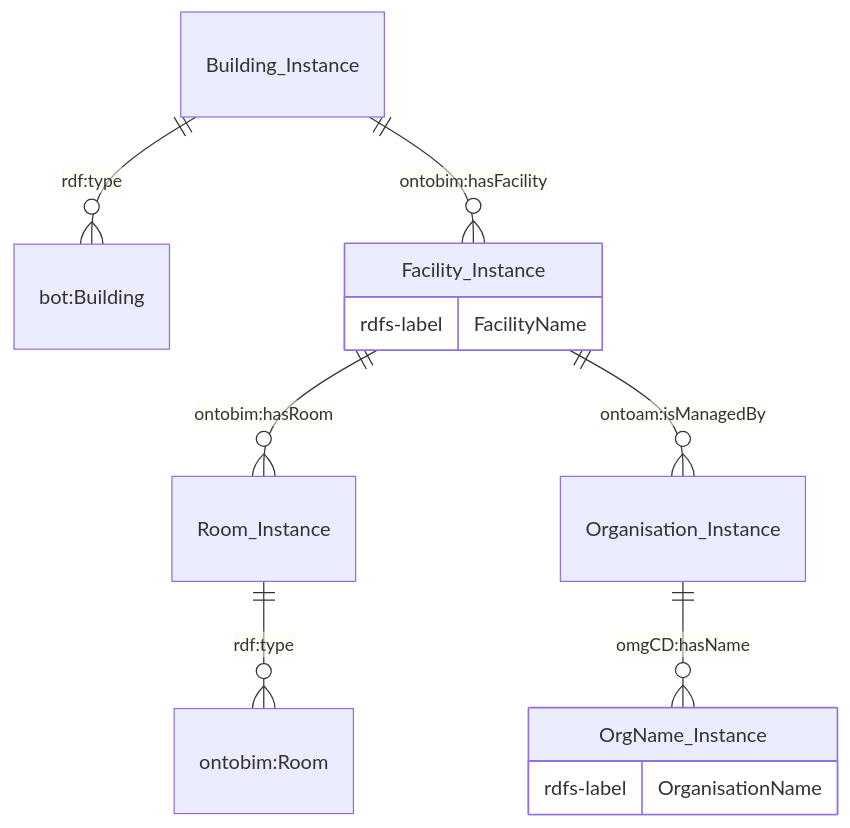
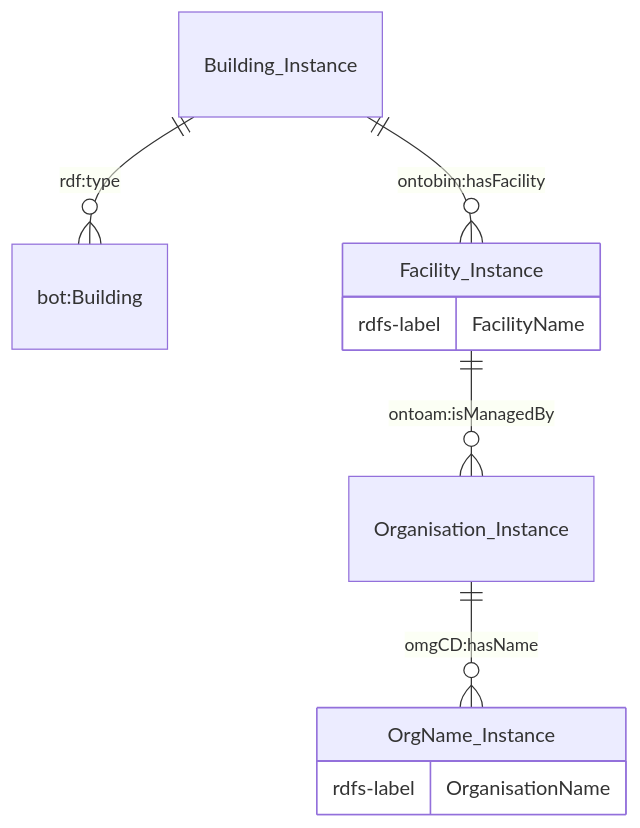
One commit to cambridge-cares/TheWorldAvatar changed the second of 6 diagrams in Agents/DashboardAgent/README.md. Above: the diagram before and after it, drawn with Mermaid. The commit also changed other lines of this file and 3 other files, not shown here.

Commit message:
dev-dashboard-agent: Refactor stringbuilder append to string concatenation for readability in sparql queries. Updated base facility query so that the hasRoom relationship is not mandatory for systems only

````diff
--- a/Agents/DashboardAgent/README.md
+++ b/Agents/DashboardAgent/README.md
@@ -126,11 +126,9 @@
 ```mermaid
     erDiagram 
     "Building_Instance" ||--o{ "bot:Building" : "rdf:type"
     "Building_Instance" ||--o{ "Facility_Instance" : "ontobim:hasFacility"
     "Facility_Instance" {rdfs-label FacilityName}
-    "Facility_Instance" ||--o{ "Room_Instance" : "ontobim:hasRoom"
-    "Room_Instance" ||--o{ "ontobim:Room" : "rdf:type"
     "Facility_Instance" ||--o{ "Organisation_Instance" : "ontoam:isManagedBy"
     "Organisation_Instance" ||--o{ "OrgName_Instance" : "omgCD:hasName"
     "OrgName_Instance" {rdfs-label OrganisationName}
 ```
````
